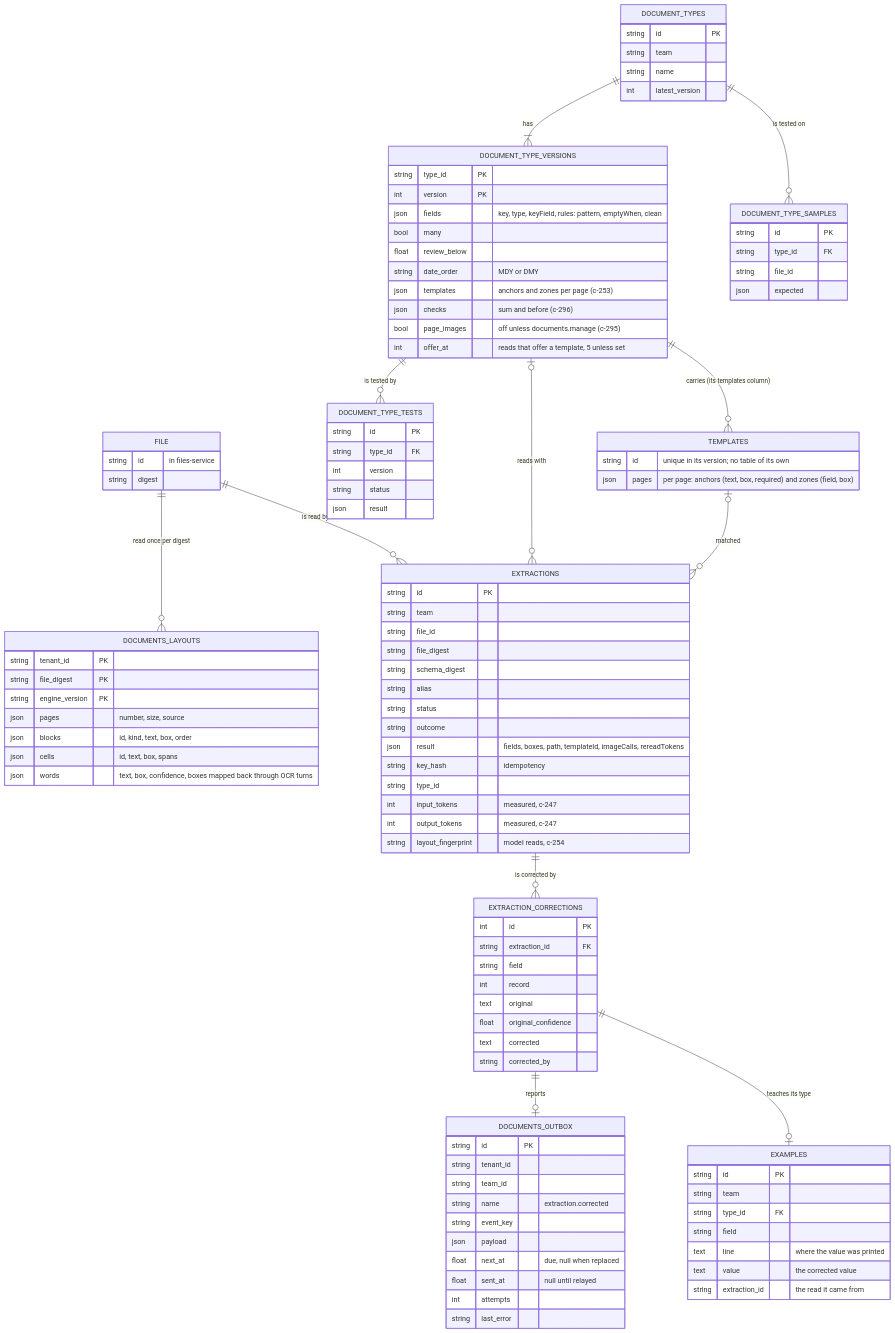
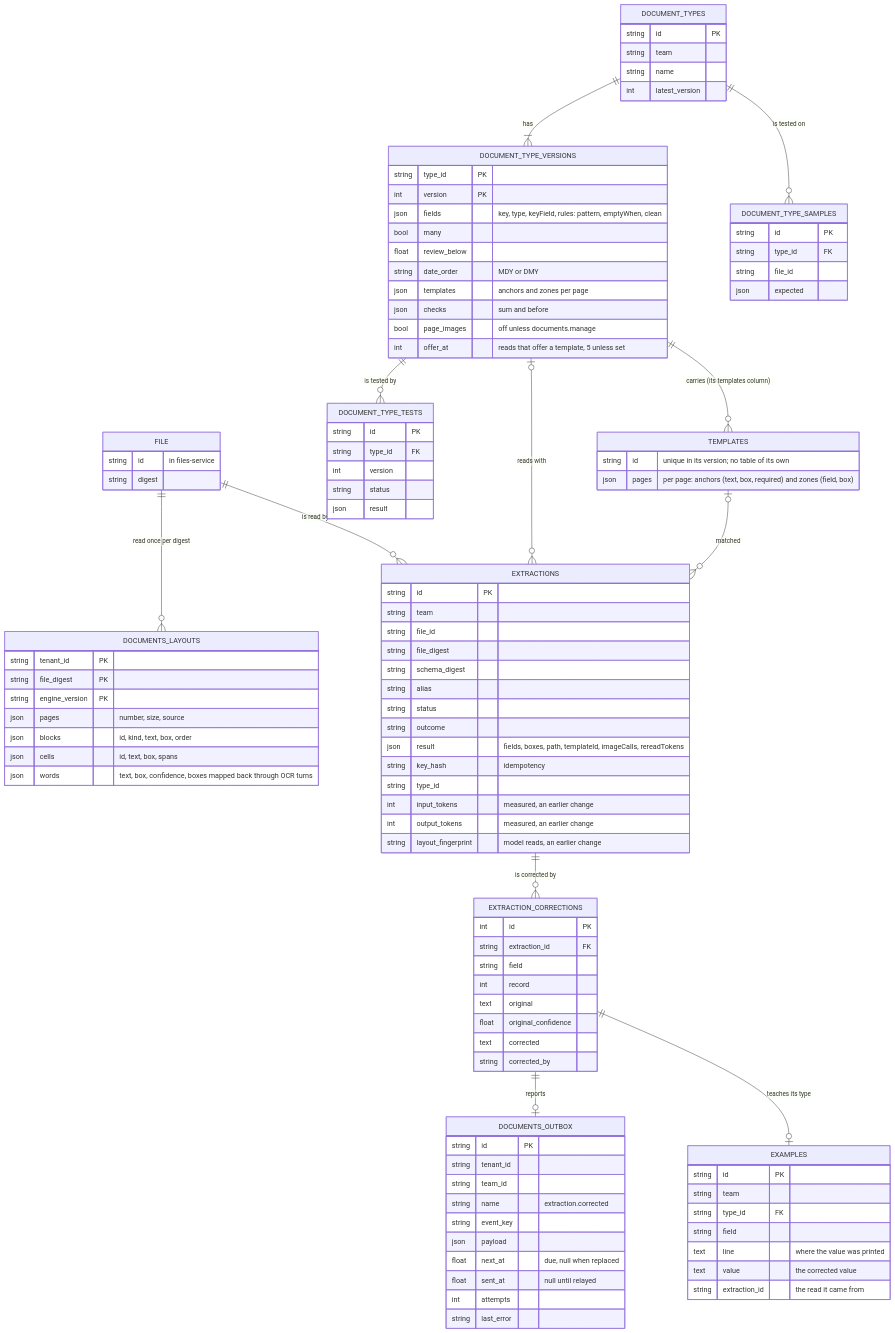
The first of 7 diagrams in docs/services/documents-service/design.md (chanl-ai/ops-ai), drawn with Mermaid before and after one commit. The commit also changed other lines of this file and 1039 other files, not shown here.

```diff
--- a/docs/services/documents-service/design.md
+++ b/docs/services/documents-service/design.md
@@ -106,9 +106,9 @@
     json result "fields, boxes, path, templateId, imageCalls, rereadTokens"
     string key_hash "idempotency"
     string type_id
-    int input_tokens "measured, c-247"
-    int output_tokens "measured, c-247"
-    string layout_fingerprint "model reads, c-254"
+    int input_tokens "measured, an earlier change"
+    int output_tokens "measured, an earlier change"
+    string layout_fingerprint "model reads, an earlier change"
   }
   EXTRACTION_CORRECTIONS {
     int id PK
@@ -133,9 +133,9 @@
     bool many
     float review_below
     string date_order "MDY or DMY"
-    json templates "anchors and zones per page (c-253)"
-    json checks "sum and before (c-296)"
-    bool page_images "off unless documents.manage (c-295)"
+    json templates "anchors and zones per page"
+    json checks "sum and before"
+    bool page_images "off unless documents.manage"
     int offer_at "reads that offer a template, 5 unless set"
   }
   DOCUMENTS_OUTBOX {
```
